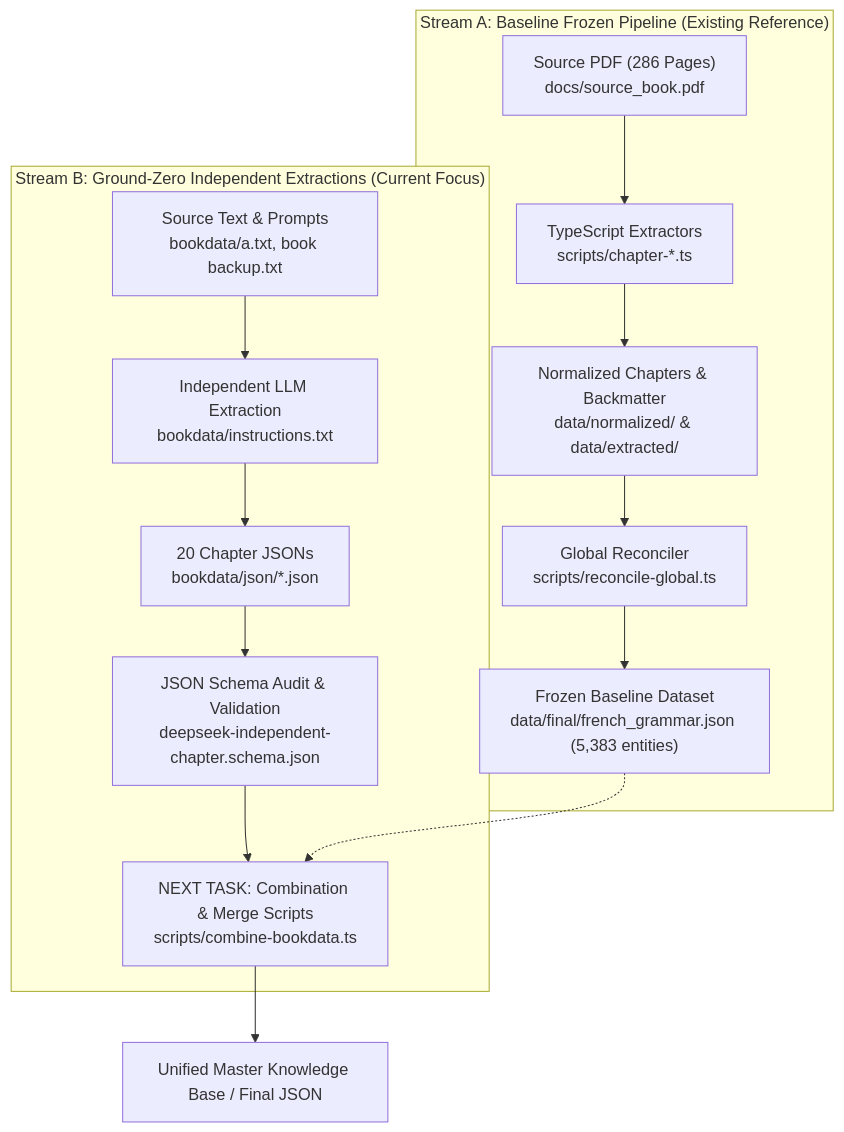
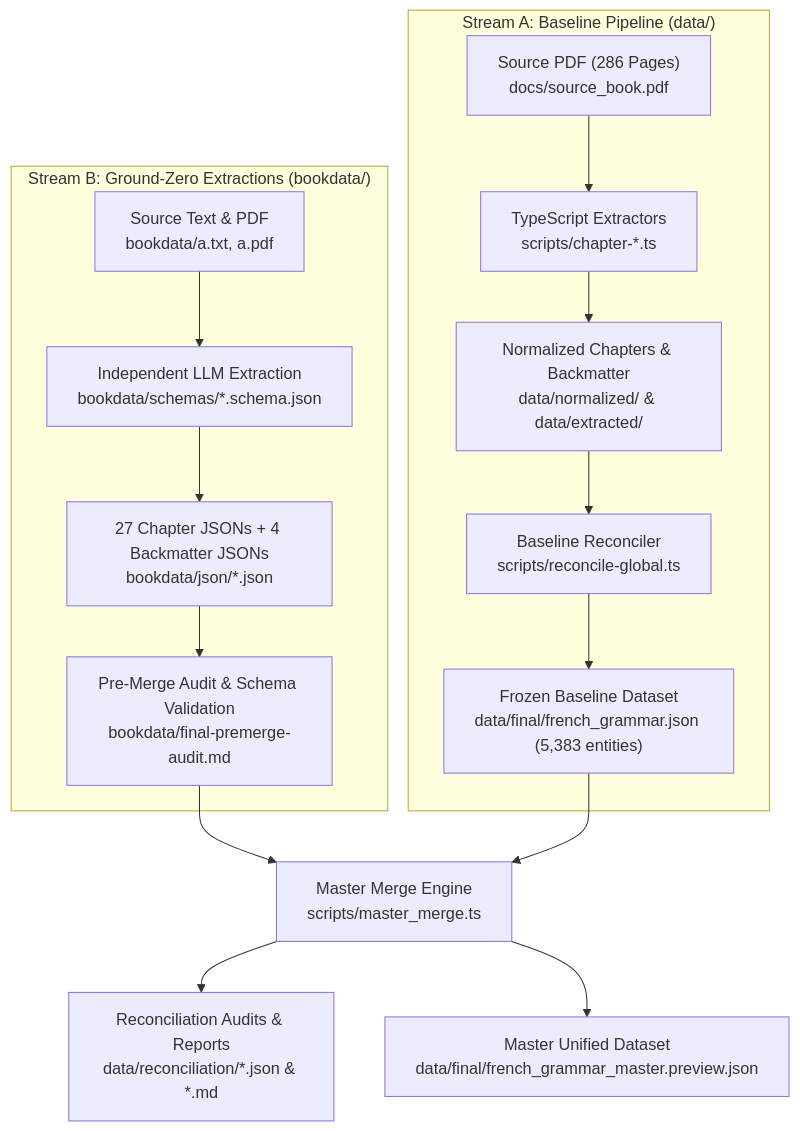
The diagram in README.md (Sukhjot-13/french_book), drawn with Mermaid before and after one commit. The commit also changed other lines of this file, not shown here.

````diff
--- a/README.md
+++ b/README.md
@@ -50,19 +49,20 @@
 ```mermaid
 flowchart TD
-    subgraph Stream_B ["Stream B: Ground-Zero Independent Extractions (Current Focus)"]
-        B1["Source Text & Prompts<br>bookdata/a.txt, book backup.txt"] --> B2["Independent LLM Extraction<br>bookdata/instructions.txt"]
-        B2 --> B3["20 Chapter JSONs<br>bookdata/json/*.json"]
-        B3 --> B4["JSON Schema Audit & Validation<br>deepseek-independent-chapter.schema.json"]
-        B4 --> B5["NEXT TASK: Combination & Merge Scripts<br>scripts/combine-bookdata.ts"]
+    subgraph Stream_B ["Stream B: Ground-Zero Extractions (bookdata/)"]
+        B1["Source Text & PDF<br>bookdata/a.txt, a.pdf"] --> B2["Independent LLM Extraction<br>bookdata/schemas/*.schema.json"]
+        B2 --> B3["27 Chapter JSONs + 4 Backmatter JSONs<br>bookdata/json/*.json"]
+        B3 --> B4["Pre-Merge Audit & Schema Validation<br>bookdata/final-premerge-audit.md"]
     end
 
-    subgraph Stream_A ["Stream A: Baseline Frozen Pipeline (Existing Reference)"]
+    subgraph Stream_A ["Stream A: Baseline Pipeline (data/)"]
         A1["Source PDF (286 Pages)<br>docs/source_book.pdf"] --> A2["TypeScript Extractors<br>scripts/chapter-*.ts"]
         A2 --> A3["Normalized Chapters & Backmatter<br>data/normalized/ & data/extracted/"]
-        A3 --> A4["Global Reconciler<br>scripts/reconcile-global.ts"]
+        A3 --> A4["Baseline Reconciler<br>scripts/reconcile-global.ts"]
         A4 --> A5["Frozen Baseline Dataset<br>data/final/french_grammar.json (5,383 entities)"]
     end
 
-    B5 --> C["Unified Master Knowledge Base / Final JSON"]
-    A5 -.-> B5
+    B4 --> M["Master Merge Engine<br>scripts/master_merge.ts"]
+    A5 --> M
+    M --> R["Reconciliation Audits & Reports<br>data/reconciliation/*.json & *.md"]
+    M --> F["Master Unified Dataset<br>data/final/french_grammar_master.preview.json"]
 ```
````
